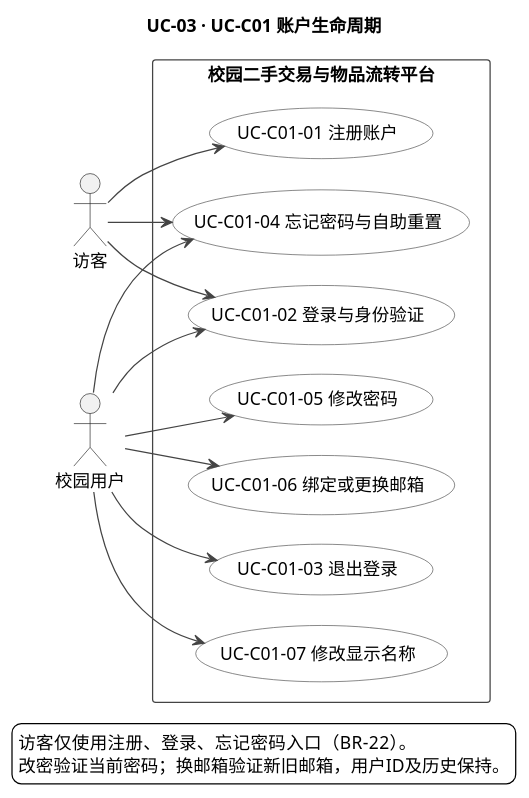
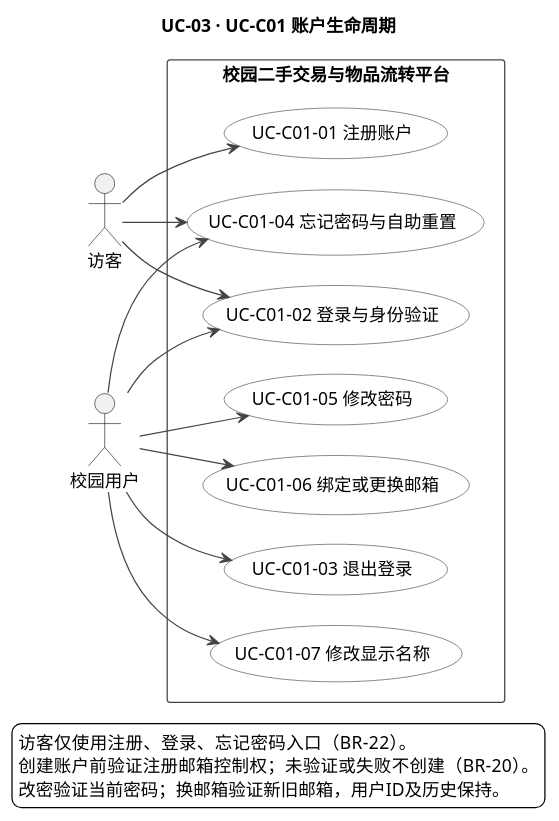
Before and after one commit to iy88/se-course-project-1: the diagram in docs/appendices/models/UC-03-账户生命周期用例图.puml, drawn with PlantUML. The commit also changed 94 other files, not shown here.

```diff
--- a/docs/appendices/models/UC-03-账户生命周期用例图.puml
+++ b/docs/appendices/models/UC-03-账户生命周期用例图.puml
@@ -1,78 +1,79 @@
 @startuml
-' Version: 0.1.0
-' Version-Datetime: 2026-10-26T12:37:57+08:00
+' Version: 0.1.1
+' Version-Datetime: 2026-10-26T21:22:39+08:00
 title UC-03 · UC-C01 账户生命周期
 
 skinparam backgroundColor #FFFFFF
 skinparam defaultFontName "PingFang SC"
 skinparam shadowing false
 skinparam nodesep 24
 skinparam ranksep 38
 skinparam usecase {
   BackgroundColor #FFFFFF
   BorderColor #444444
 }
 skinparam rectangle {
   BackgroundColor #FFFFFF
   BorderColor #444444
 }
 skinparam ArrowColor #444444
 skinparam noteBackgroundColor #FFFFFF
 left to right direction
 
 actor 访客 as Visitor
 actor 校园用户 as CampusUser
 
 rectangle "校园二手交易与物品流转平台" {
   usecase (UC-C01-01 注册账户) as C0101
   usecase (UC-C01-02 登录与身份验证) as C0102
   usecase (UC-C01-03 退出登录) as C0103
   usecase (UC-C01-04 忘记密码与自助重置) as C0104
   usecase (UC-C01-05 修改密码) as C0105
   usecase (UC-C01-06 绑定或更换邮箱) as C0106
   usecase (UC-C01-07 修改显示名称) as C0107
 }
 
 Visitor --> C0101
 Visitor --> C0102
 Visitor --> C0104
 CampusUser --> C0102
 CampusUser --> C0103
 CampusUser --> C0104
 CampusUser --> C0105
 CampusUser --> C0106
 CampusUser --> C0107
 
 ' note right of C0102
 '   登录失败不设次数阈值，不自动锁定（BR-21）。
 '   封禁账户仍可登录并只读访问原资格内容，
 '   写操作受限；管理沟通见 UC-C08。
 ' end note
 
 ' note bottom of C0104
 '   仅验证绑定邮箱后重置，保留原用户 ID；
 '   与已登录改密（UC-C01-05）是两条独立路径。
 ' end note
 
 ' note bottom of C0105
 '   必须验证当前密码；改密不改用户 ID。
 ' end note
 
 ' note bottom of C0106
 '   须验证新旧邮箱并校验新邮箱未被占用；
 '   生效后用新邮箱登录，历史归属不变。
 ' end note
 
 ' note bottom of C0107
 '   不设次数、间隔或审批；历史操作主体
 '   及当时名称保留，不改账户归属。
 ' end note
 
 ' 本图不设 include/extend：注册、登录、退出、重置、
 ' 改密、换邮箱、改名均为独立目标；先后顺序和
 ' 验证步骤不是可复用的子用例。
 legend bottom
 访客仅使用注册、登录、忘记密码入口（BR-22）。
+创建账户前验证注册邮箱控制权；未验证或失败不创建（BR-20）。
 改密验证当前密码；换邮箱验证新旧邮箱，用户ID及历史保持。
 endlegend
 @enduml
```
